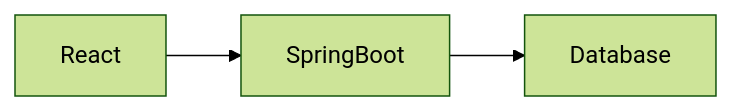
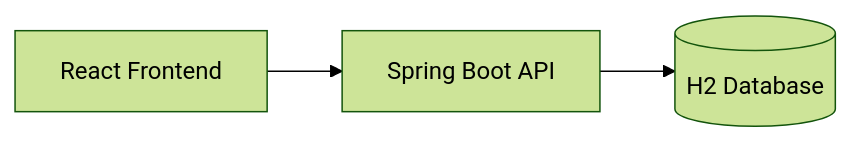
The diagram in slides/slides.md (rajahpixelphone/scoops-of-brainfreeze), drawn with Mermaid (forest theme) before and after one commit. The commit also changed other lines of this file, not shown here.

````diff
--- a/slides/slides.md
+++ b/slides/slides.md
@@ -38,4 +63,5 @@
 ```mermaid
 flowchart LR
-    React --> SpringBoot --> Database
+    A[React Frontend] --> B[Spring Boot API]
+    B --> C[(H2 Database)]
 ```
````
